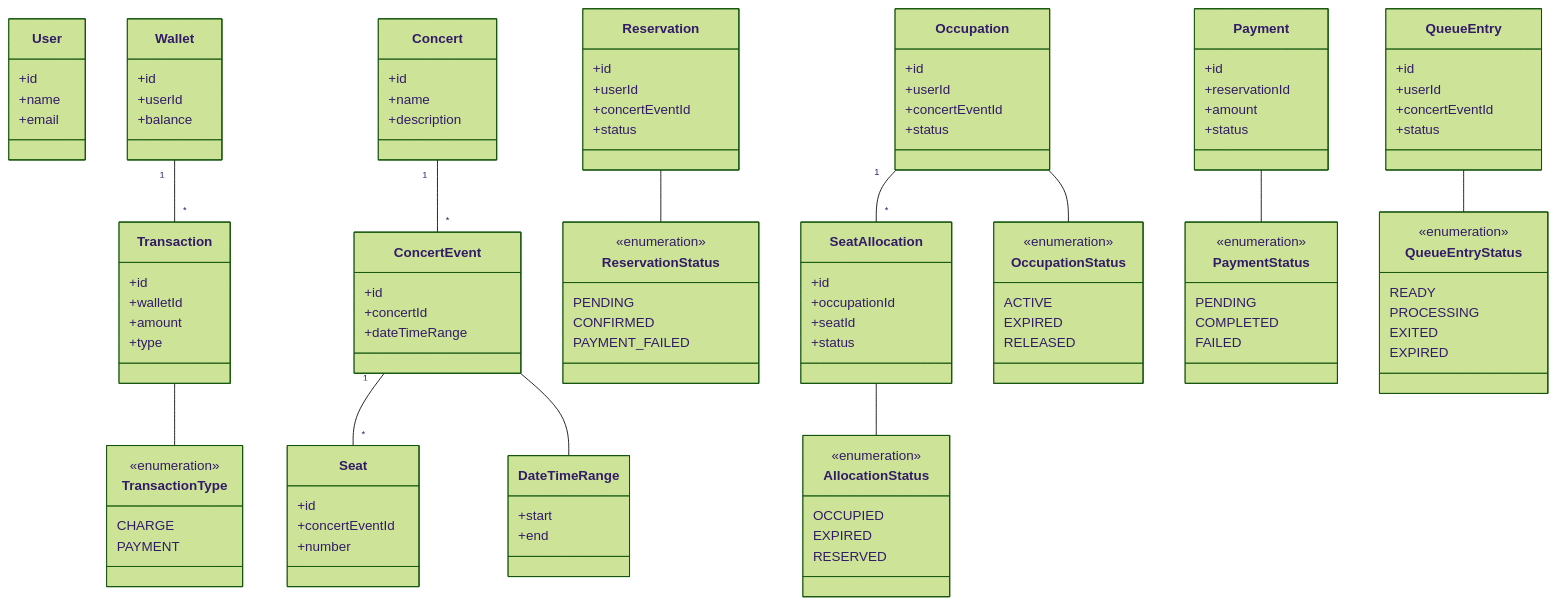
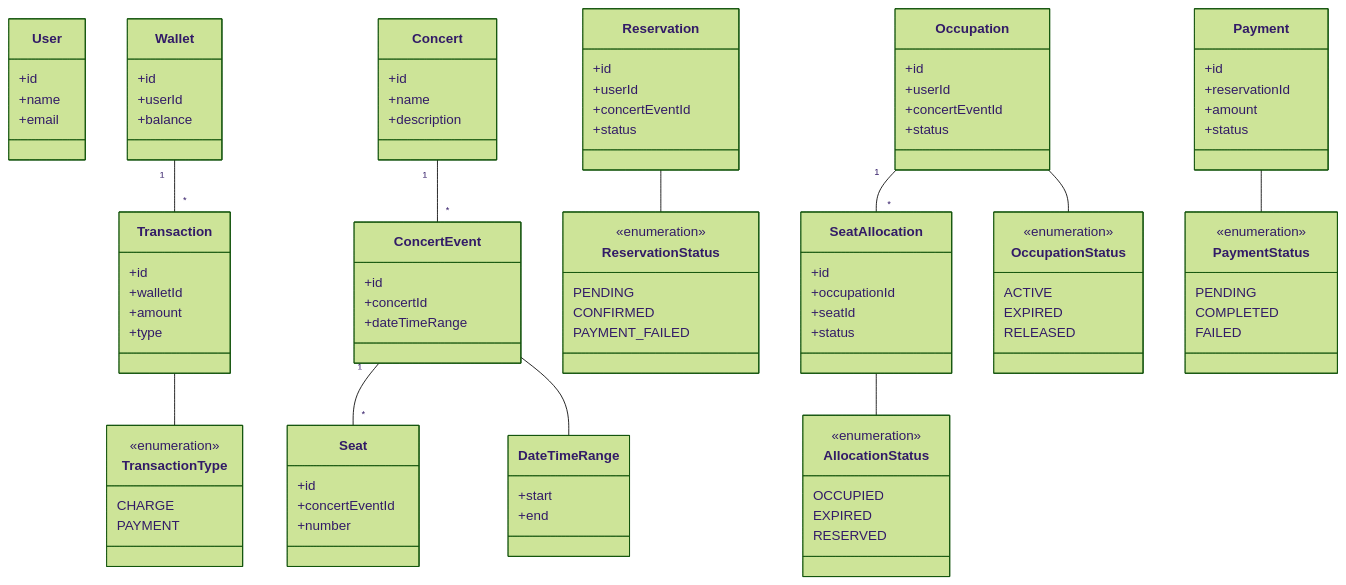
The diagram in docs/domain_models.md (yuiyeong/ticketing-service), drawn with Mermaid (forest theme) before and after one commit. The commit also changed other lines of this file, not shown here.

Commit message:
Docs: domain_models 수정

````diff
--- a/docs/domain_models.md
+++ b/docs/domain_models.md
@@ -185,20 +176,4 @@
         FAILED
     }
     Payment -- PaymentStatus
-
-    %% 대기열 관리 컨텍스트
-    class QueueEntry {
-        +id
-        +userId
-        +concertEventId
-        +status
-    }
-    class QueueEntryStatus {
-        <<enumeration>>
-        READY
-        PROCESSING
-        EXITED
-        EXPIRED
-    }
-    QueueEntry -- QueueEntryStatus
 ```
````
